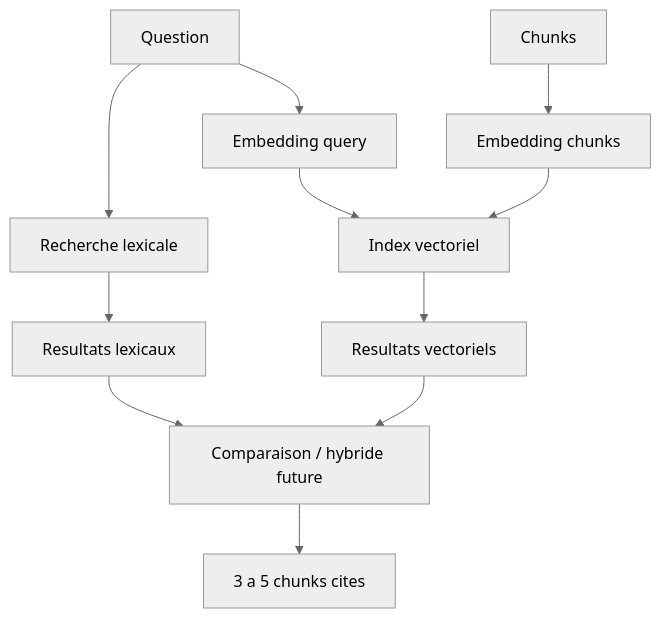
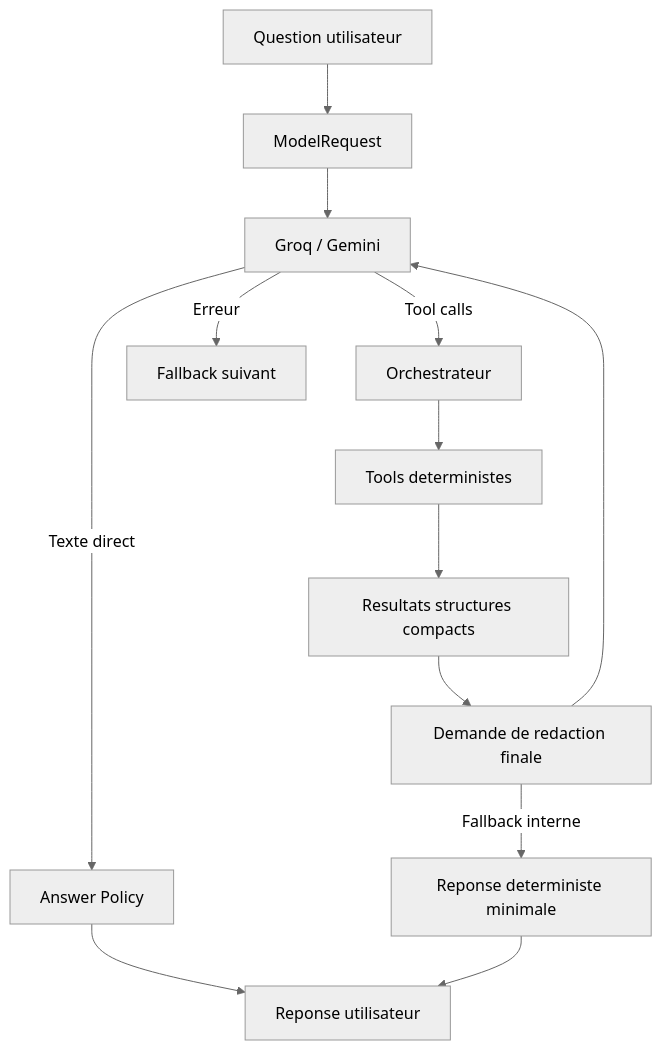
The eighth of 9 diagrams in docs/rag-flow-mermaid.md (Appolinairee/fiscal-control-engine), drawn with Mermaid (neutral theme) before and after one commit. The commit also changed other lines of this file and 24 other files, not shown here.

First line of the commit message:
feat(agent): implement deterministic tool routing and analytical ledger tools

````diff
--- a/docs/rag-flow-mermaid.md
+++ b/docs/rag-flow-mermaid.md
@@ -84,13 +166,16 @@
 ```mermaid
 flowchart TD
-    A[Question] --> B[Recherche lexicale]
-    A --> C[Embedding query]
-    D[Chunks] --> E[Embedding chunks]
-    E --> F[Index vectoriel]
-    C --> F
-    B --> G[Resultats lexicaux]
-    F --> H[Resultats vectoriels]
-    G --> I[Comparaison / hybride future]
-    H --> I
-    I --> J[3 a 5 chunks cites]
+    Q[Question utilisateur] --> REQ[ModelRequest]
+    REQ --> G[Groq / Gemini]
+    G -->|Tool calls| ORCH[Orchestrateur]
+    G -->|Texte direct| POLICY[Answer Policy]
+    G -->|Erreur| FB[Fallback suivant]
+
+    ORCH --> TOOLS[Tools deterministes]
+    TOOLS --> CTX[Resultats structures compacts]
+    CTX --> FINAL[Demande de redaction finale]
+    FINAL --> G
+    FINAL -->|Fallback interne| DET[Reponse deterministe minimale]
+    POLICY --> OUT[Reponse utilisateur]
+    DET --> OUT
 ```
````
